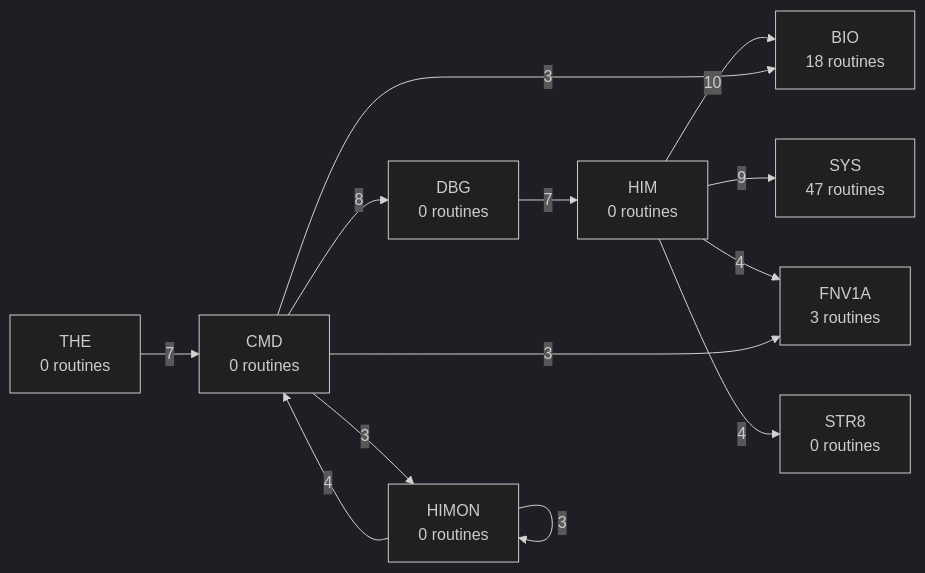
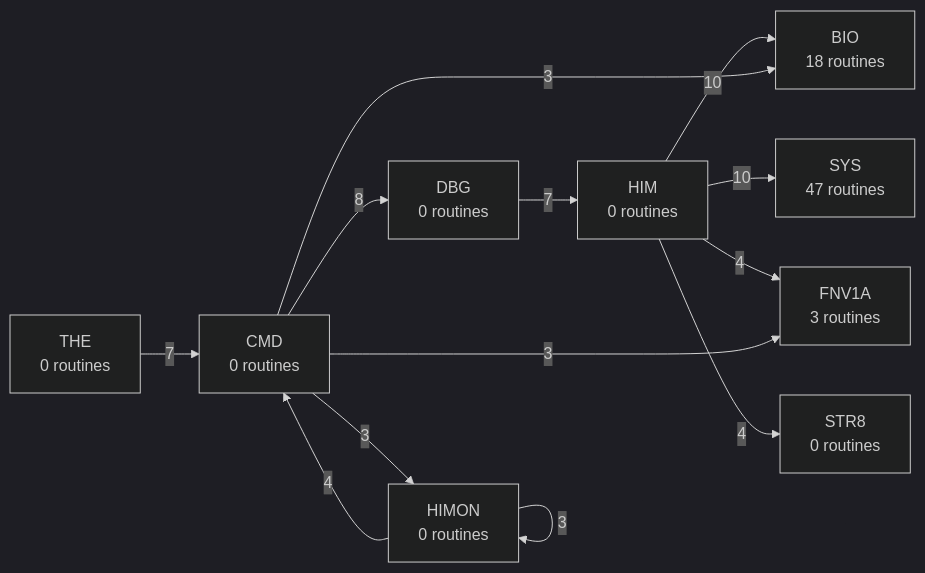
The third of 7 diagrams in DOC/GENERATED/ROUTINE_PREFIX_MAP.md (95westus/R-YORS), drawn with Mermaid (dark theme) before and after one commit. The commit also changed other lines of this file and 33 other files, not shown here.

````diff
--- a/DOC/GENERATED/ROUTINE_PREFIX_MAP.md
+++ b/DOC/GENERATED/ROUTINE_PREFIX_MAP.md
@@ -46,15 +46,15 @@
 ```mermaid
 flowchart LR
     P_HIM["HIM<br/>0 routines"] -->|10| P_BIO["BIO<br/>18 routines"]
-    P_HIM["HIM<br/>0 routines"] -->|9| P_SYS["SYS<br/>47 routines"]
+    P_HIM["HIM<br/>0 routines"] -->|10| P_SYS["SYS<br/>47 routines"]
     P_CMD["CMD<br/>0 routines"] -->|8| P_DBG["DBG<br/>0 routines"]
     P_DBG["DBG<br/>0 routines"] -->|7| P_HIM["HIM<br/>0 routines"]
     P_THE["THE<br/>0 routines"] -->|7| P_CMD["CMD<br/>0 routines"]
     P_HIM["HIM<br/>0 routines"] -->|4| P_FNV1A["FNV1A<br/>3 routines"]
     P_HIM["HIM<br/>0 routines"] -->|4| P_STR8["STR8<br/>0 routines"]
     P_HIMON["HIMON<br/>0 routines"] -->|4| P_CMD["CMD<br/>0 routines"]
     P_CMD["CMD<br/>0 routines"] -->|3| P_BIO["BIO<br/>18 routines"]
     P_CMD["CMD<br/>0 routines"] -->|3| P_FNV1A["FNV1A<br/>3 routines"]
     P_CMD["CMD<br/>0 routines"] -->|3| P_HIMON["HIMON<br/>0 routines"]
     P_HIMON["HIMON<br/>0 routines"] -->|3| P_HIMON["HIMON<br/>0 routines"]
 ```
````
